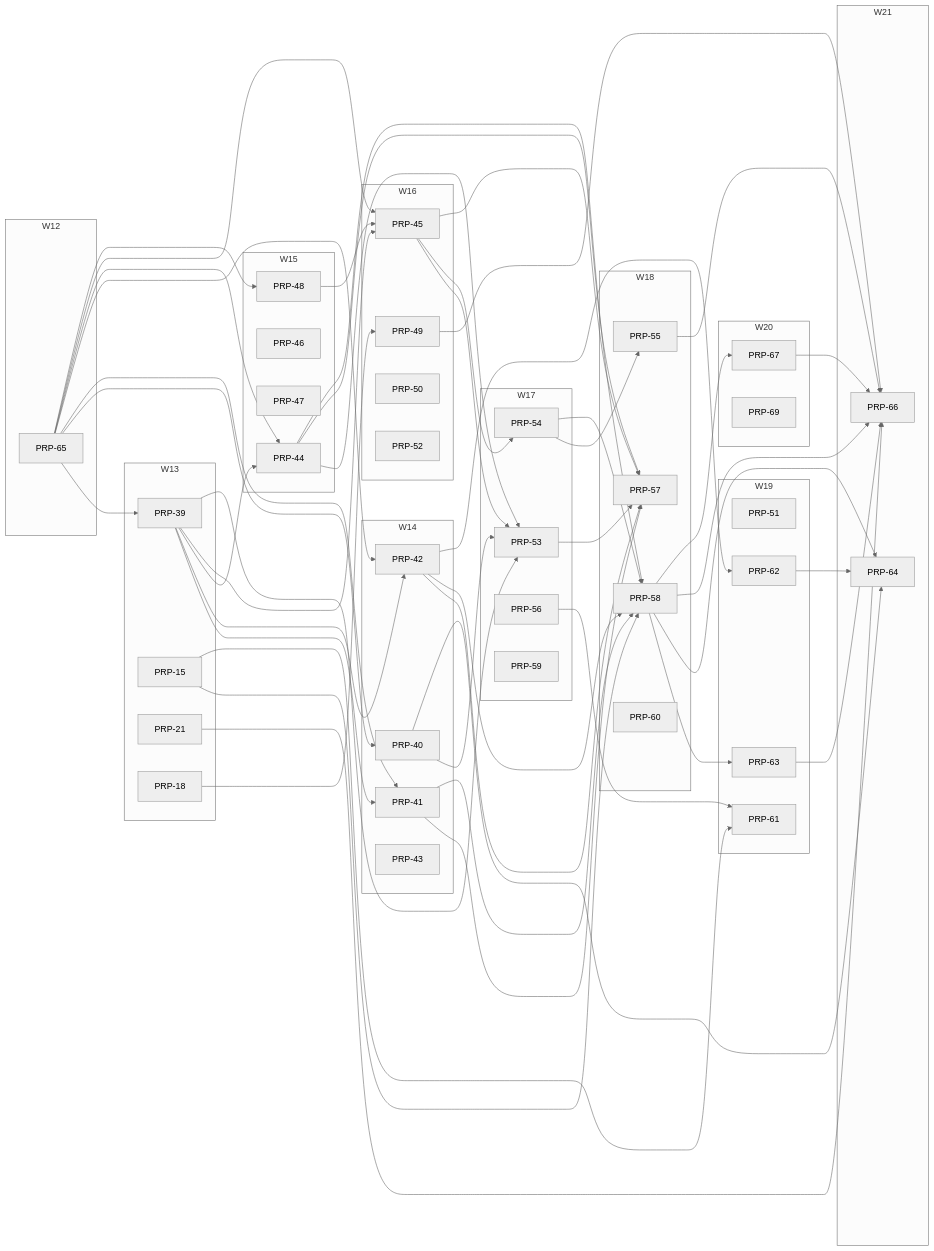
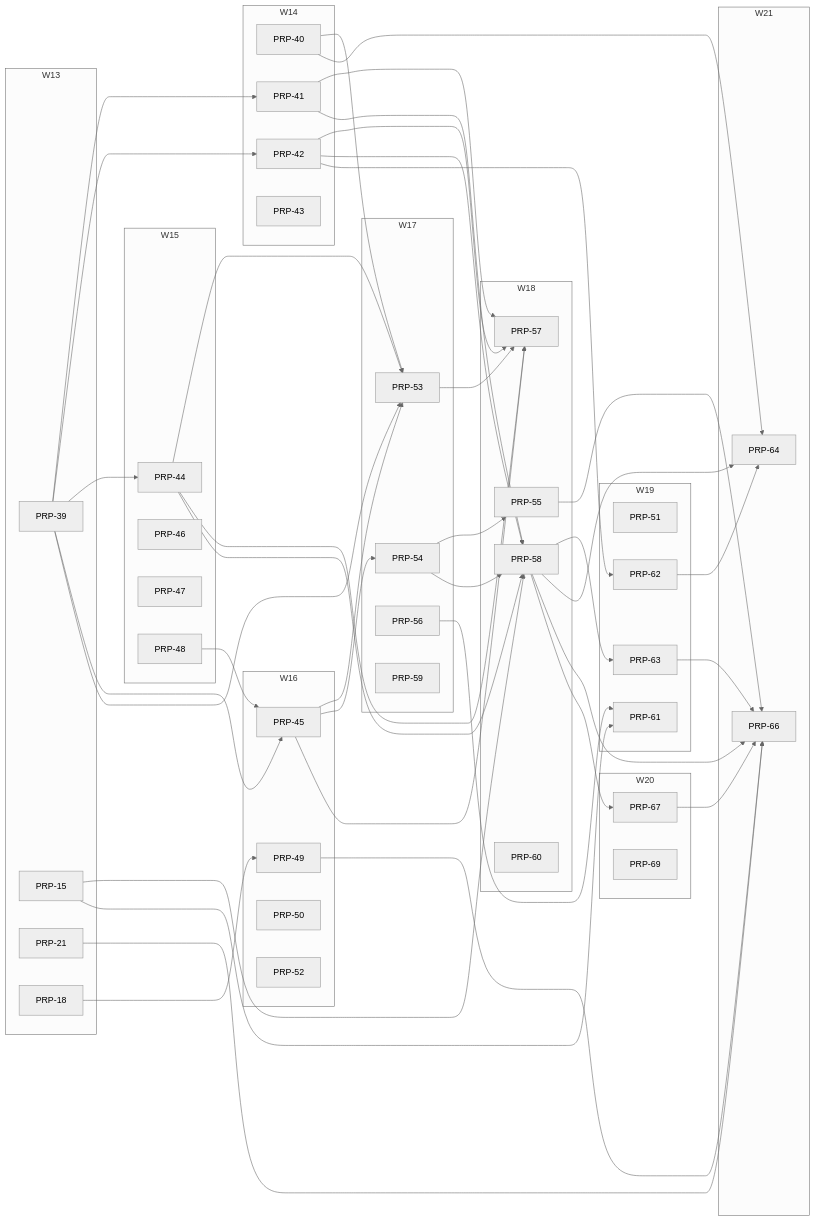
Before and after one commit to fgarofalo56/neurosphere: the diagram in PRPs/EXECUTION-PLAN.md, drawn with Mermaid (neutral theme). The commit also changed other lines of this file and 6 other files, not shown here.

````diff
--- a/PRPs/EXECUTION-PLAN.md
+++ b/PRPs/EXECUTION-PLAN.md
@@ -160,8 +152,5 @@
 ```mermaid
 flowchart LR
-  subgraph W12
-    P65["PRP-65"]
-  end
   subgraph W13
     P39["PRP-39"]
     P15["PRP-15"]
@@ -212,18 +201,11 @@
     P64["PRP-64"]
     P66["PRP-66"]
   end
-  P65 --> P39
-  P65 --> P40
-  P65 --> P41
   P39 --> P41
-  P65 --> P42
   P39 --> P42
-  P65 --> P44
   P39 --> P44
-  P65 --> P45
   P39 --> P45
   P48 --> P45
-  P65 --> P48
   P18 --> P49
   P39 --> P53
   P40 --> P53
````
